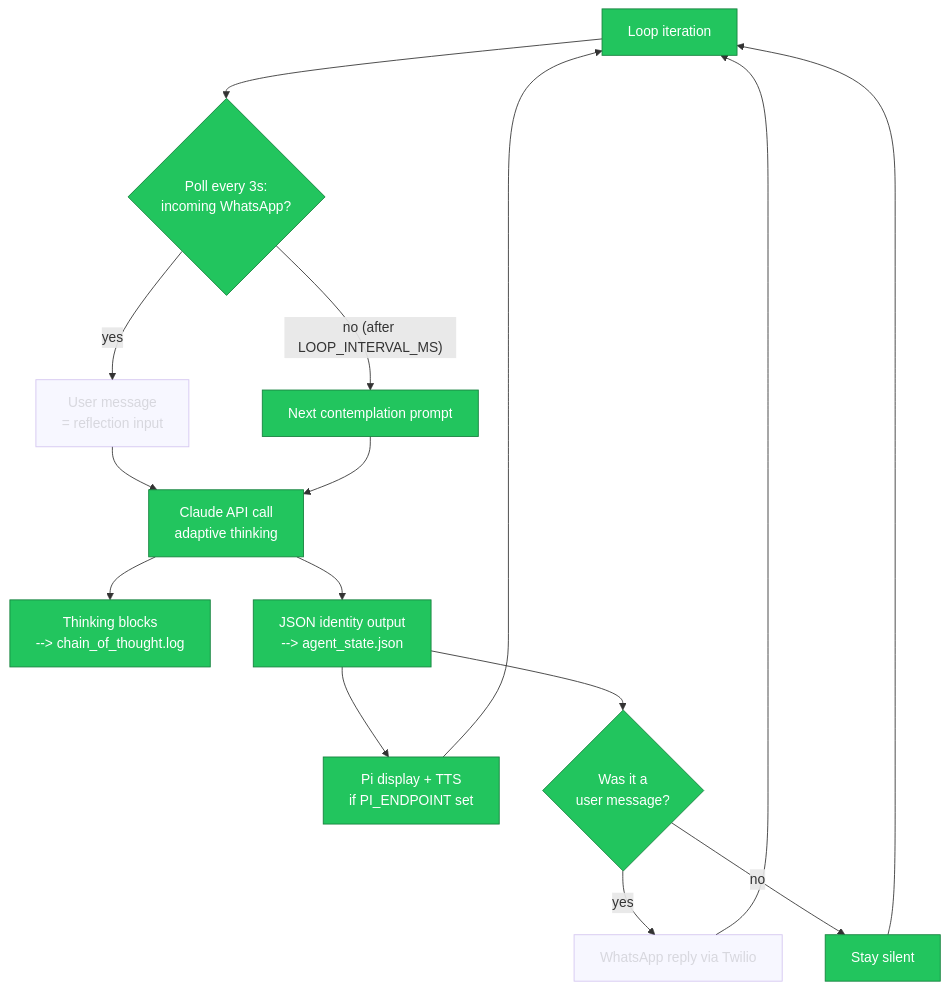
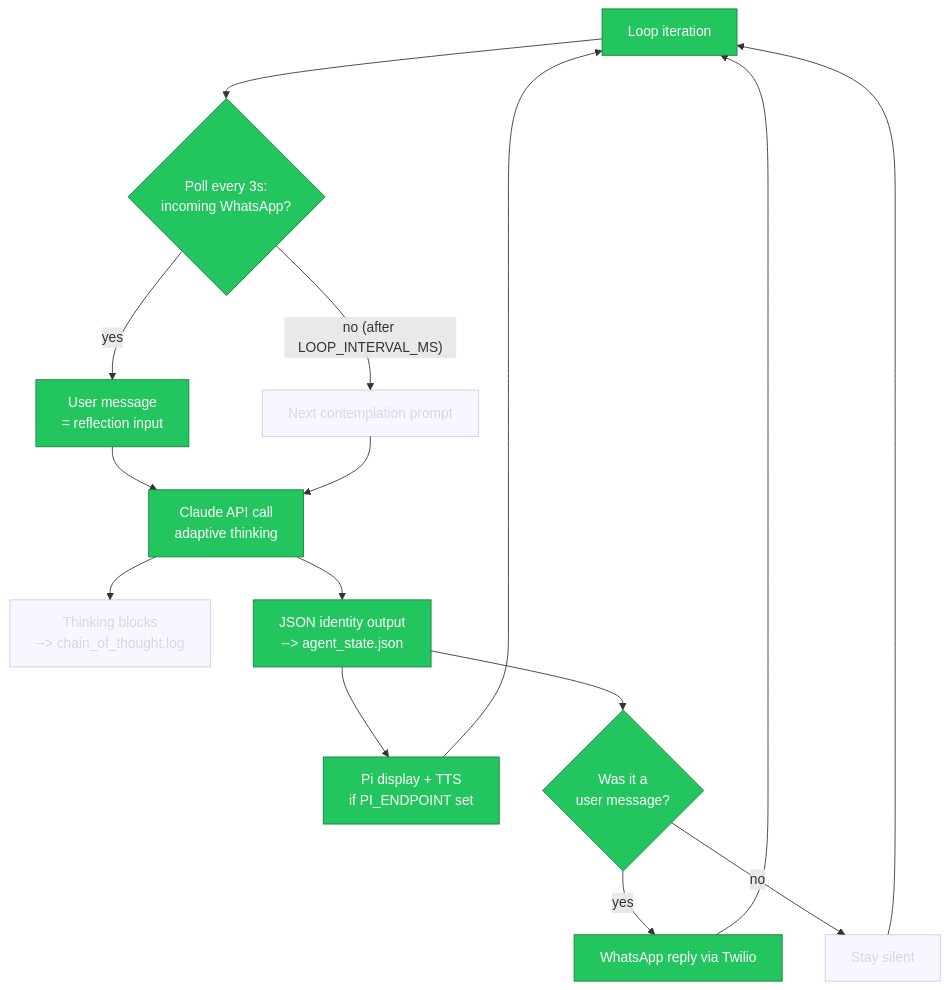
Before and after one commit to jbisaccia-9/identity-gate: the diagram in README.md, drawn with Mermaid. The commit also changed other lines of this file, not shown here.

Commit message:
render: live flow diagram [skip ci]

````diff
--- a/README.md
+++ b/README.md
@@ -34,21 +34,21 @@
 ```mermaid
 flowchart TD
     A[Loop iteration] --> B{Poll every 3s:<br/>incoming WhatsApp?}
     B -- yes --> C[User message<br/>= reflection input]
     B -- "no (after LOOP_INTERVAL_MS)" --> D[Next contemplation prompt]
     C --> E[Claude API call<br/>adaptive thinking]
     D --> E
     E --> F[Thinking blocks<br/>--> chain_of_thought.log]
     E --> G[JSON identity output<br/>--> agent_state.json]
     G --> H[Pi display + TTS<br/>if PI_ENDPOINT set]
     G --> I{Was it a<br/>user message?}
     I -- yes --> J[WhatsApp reply via Twilio]
     I -- no --> K[Stay silent]
     J --> A
     K --> A
     H --> A
     classDef active fill:#22c55e,stroke:#15803d,color:#fff
     classDef dormant opacity:0.4
-    class A,B,D,E,F,G,H,I,K active
-    class C,J dormant
+    class A,B,C,E,G,H,I,J active
+    class D,F,K dormant
 ```
````
